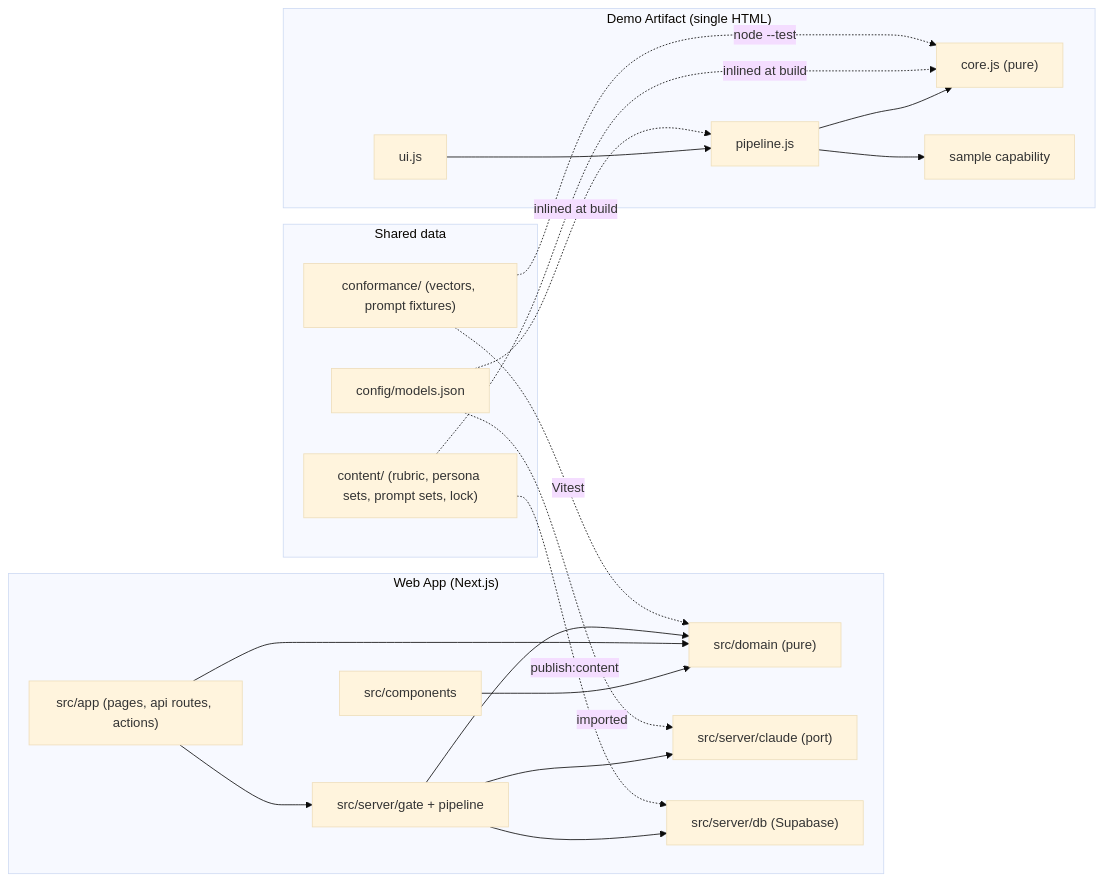
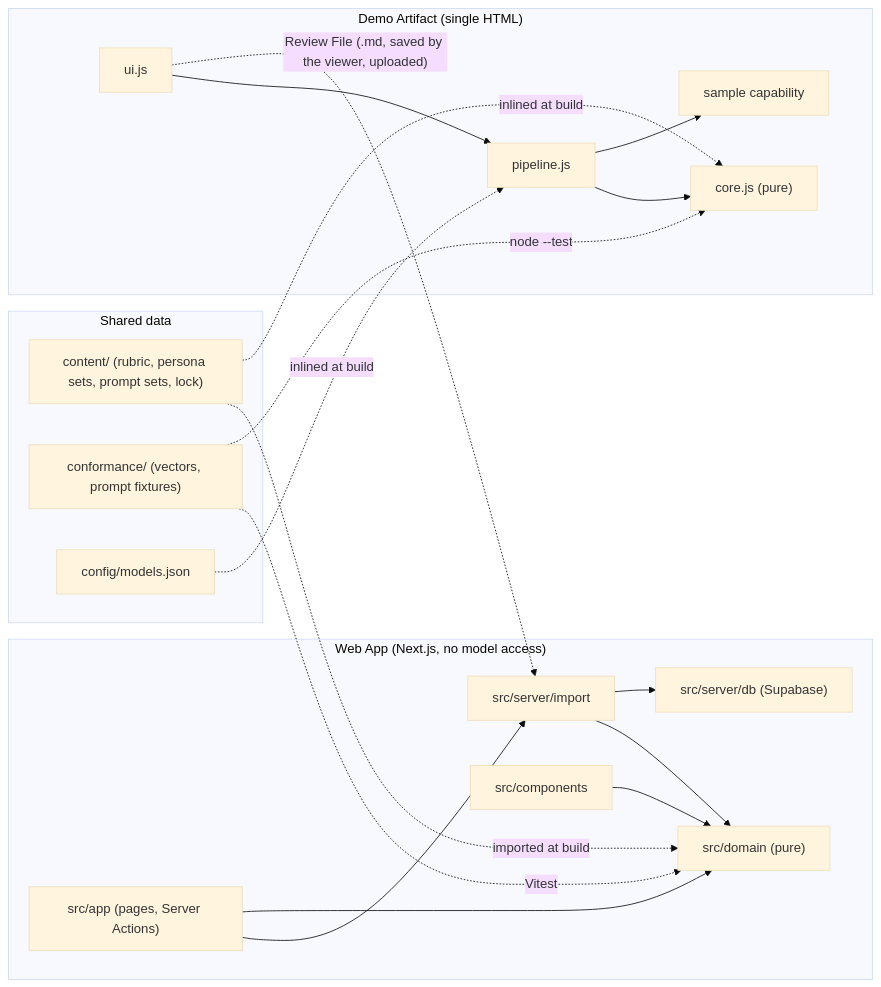
Before and after one commit to bennchristian/FC-Final-Project: the first of 3 diagrams in ARCHITECTURE.md, drawn with Mermaid (base theme). The commit also changed other lines of this file and 6 other files, not shown here.

First line of the commit message:
Web App becomes a companion: Reviews stay in the Artifact (AD-18)

````diff
--- a/ARCHITECTURE.md
+++ b/ARCHITECTURE.md
@@ -41,26 +41,25 @@
 ```mermaid
 flowchart LR
   subgraph shared["Shared data"]
     C["content/ (rubric, persona sets, prompt sets, lock)"]
     V["conformance/ (vectors, prompt fixtures)"]
     M["config/models.json"]
   end
-  subgraph web["Web App (Next.js)"]
-    APP["src/app (pages, api routes, actions)"] --> PIPE["src/server/gate + pipeline"]
+  subgraph web["Web App (Next.js, no model access)"]
+    APP["src/app (pages, Server Actions)"] --> IMP["src/server/import"]
     COMP["src/components"] --> DOM["src/domain (pure)"]
     APP --> DOM
-    PIPE --> DOM
-    PIPE --> CL["src/server/claude (port)"]
-    PIPE --> DB["src/server/db (Supabase)"]
+    IMP --> DOM
+    IMP --> DB["src/server/db (Supabase)"]
   end
   subgraph art["Demo Artifact (single HTML)"]
     UI["ui.js"] --> AP["pipeline.js"] --> AC["core.js (pure)"]
     AP --> S["sample capability"]
   end
-  C -. "publish:content" .-> DB
+  UI -. "Review File (.md, saved by the viewer, uploaded)" .-> IMP
+  C -. "imported at build" .-> DOM
   C -. "inlined at build" .-> AC
-  M -. "imported" .-> CL
   M -. "inlined at build" .-> AP
   V -. "Vitest" .-> DOM
   V -. "node --test" .-> AC
 ```
````
